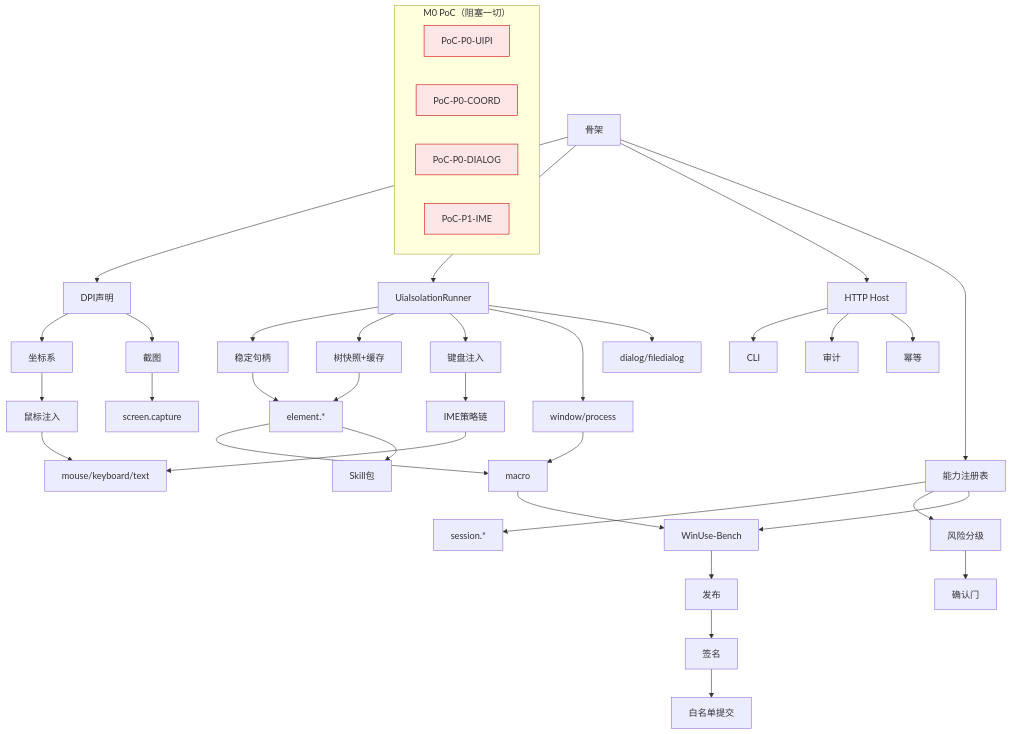
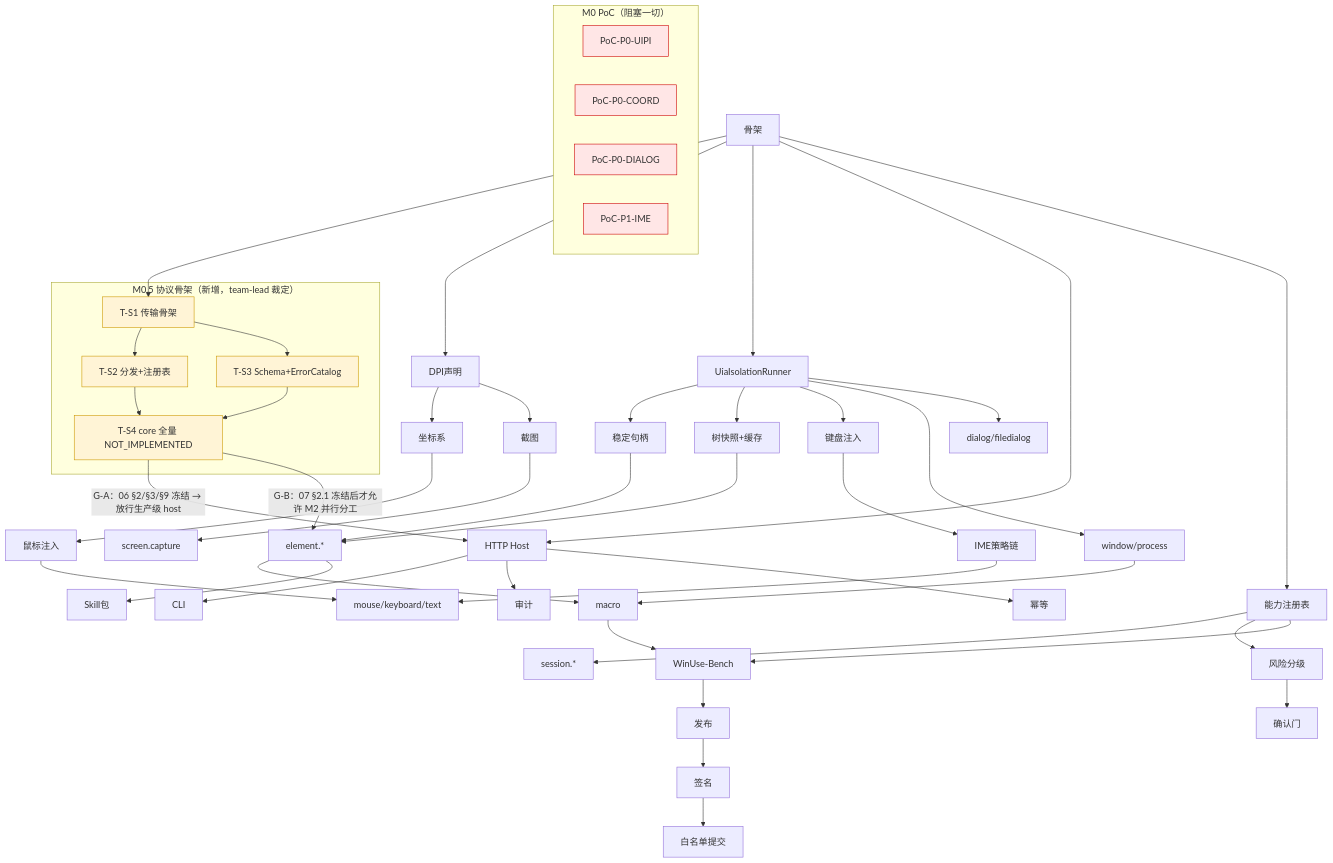
One commit to kimmywork/windows-use changed the second of 2 diagrams in docs/09-roadmap.md. Above: the diagram before and after it, drawn with Mermaid. The commit also changed other lines of this file and 12 other files, not shown here.

````diff
--- a/docs/09-roadmap.md
+++ b/docs/09-roadmap.md
@@ -257,43 +329,55 @@
 ```mermaid
 graph TD
     subgraph M0["M0 PoC（阻塞一切）"]
         P1[PoC-P0-UIPI]:::poc
         P2[PoC-P0-COORD]:::poc
         P3[PoC-P0-DIALOG]:::poc
         P5[PoC-P1-IME]:::poc
     end
+    subgraph M05["M0.5 协议骨架（新增，team-lead 裁定）"]
+        S1["T-S1 传输骨架"]:::gate
+        S2["T-S2 分发+注册表"]:::gate
+        S3["T-S3 Schema+ErrorCatalog"]:::gate
+        S4["T-S4 core 全量 NOT_IMPLEMENTED"]:::gate
+        S1 --> S2 --> S4
+        S1 --> S3 --> S4
+    end
+    C1[骨架] --> S1
+    S4 -->|"G-A：06 §2/§3/§9 冻结 → 放行生产级 host"| C12[HTTP Host]
+    S4 -->|"G-B：07 §2.1 冻结后才允许 M2 并行分工"| A7[element.*]
     C1[骨架] --> C2[DPI声明]
     C1 --> C3[UiaIsolationRunner]
     C1 --> C12[HTTP Host]
     C2 --> C6[坐标系]
     C3 --> C4[稳定句柄]
     C3 --> C5[树快照+缓存]
     C6 --> C7[鼠标注入]
     C3 --> C8[键盘注入]
     C8 --> C9[IME策略链]
     C2 --> C10[截图]
     C12 --> C13[CLI]
     C3 --> A6[window/process]
     C4 --> A7[element.*]
     C5 --> A7
     C7 --> A8[mouse/keyboard/text]
     C9 --> A8
     C3 --> A10[dialog/filedialog]
     C10 --> A12[screen.capture]
     C1 --> A1[能力注册表]
     A1 --> A3[session.*]
     A1 --> G1[风险分级]
     G1 --> G2[确认门]
     C12 --> G3[审计]
     C12 --> G4[幂等]
     A6 --> A15[macro]
     A7 --> A15
     A1 --> E4[WinUse-Bench]
     A15 --> E4
     A7 --> E3[Skill包]
     E4 --> E5[发布]
     E5 --> E6[签名]
     E6 --> E7[白名单提交]
 
     classDef poc fill:#ffe6e6,stroke:#c00
+    classDef gate fill:#fff4d6,stroke:#c90
 ```
````
